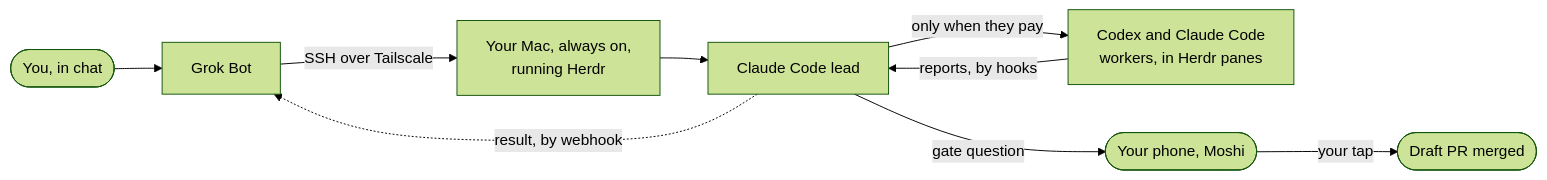
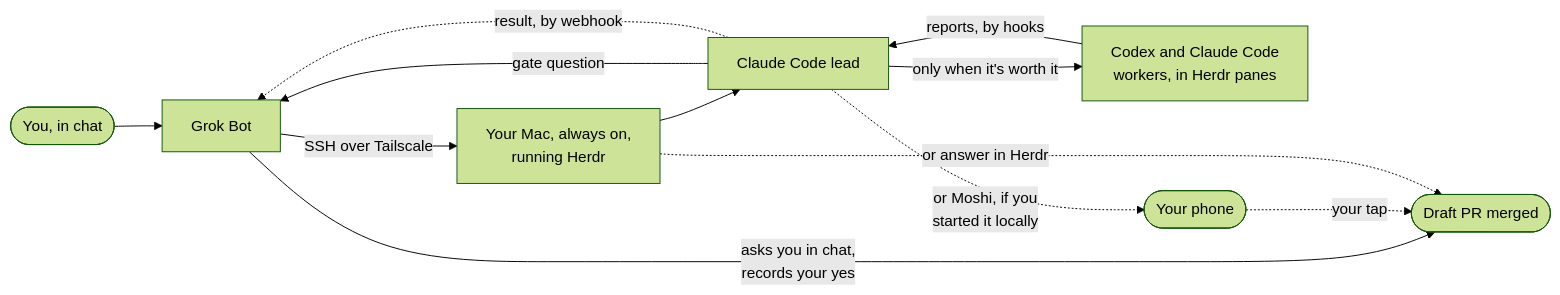
Before and after one commit to vib-z/stampede: the diagram in README.md, drawn with Mermaid (forest theme). The commit also changed other lines of this file and 16 other files, not shown here.

First line of the commit message:
Gate questions go back to whoever started the job

````diff
--- a/README.md
+++ b/README.md
@@ -36,11 +36,14 @@
 ```mermaid
 flowchart LR
     you(["You, in chat"]) --> bot["Grok Bot"]
     bot -- "SSH over Tailscale" --> mac["Your Mac, always on,<br/>running Herdr"]
     mac --> lead["Claude Code lead"]
-    lead -- "only when they pay" --> workers["Codex and Claude Code<br/>workers, in Herdr panes"]
+    lead -- "only when it's worth it" --> workers["Codex and Claude Code<br/>workers, in Herdr panes"]
     workers -- "reports, by hooks" --> lead
-    lead -- "gate question" --> phone(["Your phone, Moshi"])
-    phone -- "your tap" --> merge(["Draft PR merged"])
+    lead -- "gate question" --> bot
+    bot -- "asks you in chat,<br/>records your yes" --> merge(["Draft PR merged"])
+    lead -. "or Moshi, if you<br/>started it locally" .-> phone(["Your phone"])
+    phone -. "your tap" .-> merge
+    mac -. "or answer in Herdr" .-> merge
     lead -. "result, by webhook" .-> bot
 ```
````
